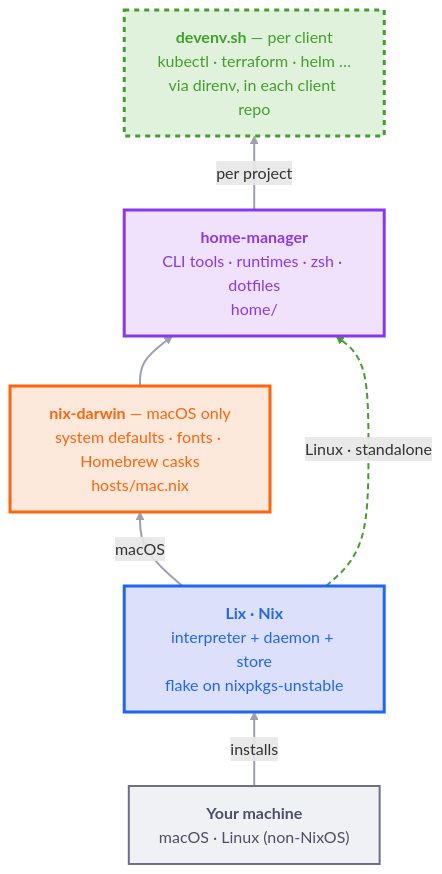
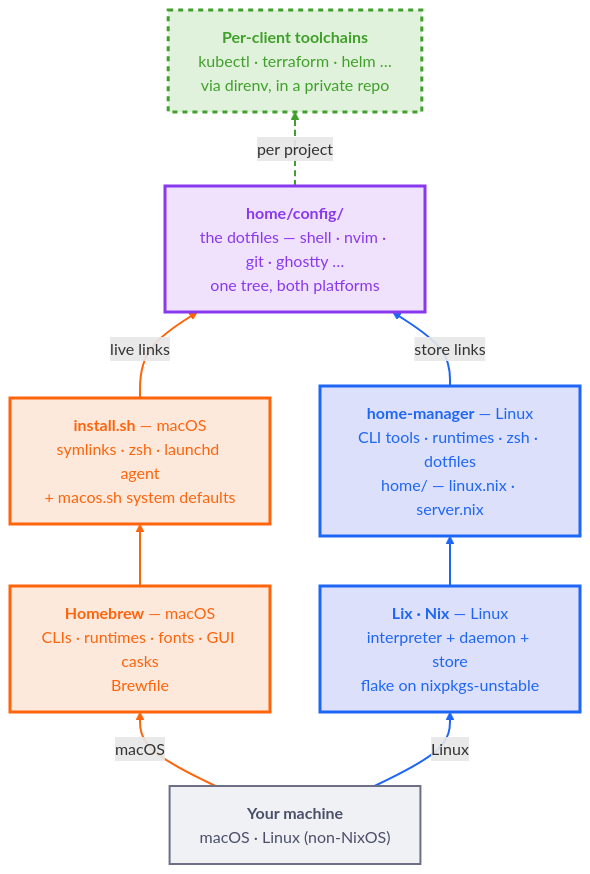
The first of 2 diagrams in README.md (mhmdio/dotfiles), drawn with Mermaid before and after one commit. The commit also changed other lines of this file and 38 other files, not shown here.

````diff
--- a/README.md
+++ b/README.md
@@ -28,38 +32,47 @@
 ```mermaid
 flowchart BT
     HW["`**Your machine**
     macOS · Linux (non-NixOS)`"]
-    NIX["`**Lix · Nix**
+    BREW["`**Homebrew** — macOS
+    CLIs · runtimes · fonts · GUI casks
+    Brewfile`"]
+    INST["`**install.sh** — macOS
+    symlinks · zsh · launchd agent
+    + macos.sh system defaults`"]
+    NIX["`**Lix · Nix** — Linux
     interpreter + daemon + store
     flake on nixpkgs-unstable`"]
-    DAR["`**nix-darwin** — macOS only
-    system defaults · fonts · Homebrew casks
-    hosts/mac.nix`"]
-    HM["`**home-manager**
+    HM["`**home-manager** — Linux
     CLI tools · runtimes · zsh · dotfiles
-    home/`"]
-    DEV["`**devenv.sh** — per client
+    home/ — linux.nix · server.nix`"]
+    CFG["`**home/config/**
+    the dotfiles — shell · nvim · git · ghostty …
+    one tree, both platforms`"]
+    DEV["`**Per-client toolchains**
     kubectl · terraform · helm …
-    via direnv, in each client repo`"]
+    via direnv, in a private repo`"]
 
-    HW  -->|"installs"| NIX
-    NIX -->|"macOS"| DAR
-    DAR --> HM
-    NIX -.->|"Linux · standalone"| HM
-    HM  -->|"per project"| DEV
+    HW   -->|"macOS"| BREW
+    BREW --> INST
+    HW   -->|"Linux"| NIX
+    NIX  --> HM
+    INST -->|"live links"| CFG
+    HM   -->|"store links"| CFG
+    CFG  -->|"per project"| DEV
 
     classDef base   fill:#eff1f5,stroke:#6c6f85,stroke-width:2px,color:#4c4f69;
+    classDef brew   fill:#fde9dc,stroke:#fe640b,stroke-width:3px,color:#fe640b;
     classDef nix    fill:#dce0fb,stroke:#1e66f5,stroke-width:3px,color:#1e66f5;
-    classDef darwin fill:#fde9dc,stroke:#fe640b,stroke-width:3px,color:#fe640b;
     classDef home   fill:#f0e2fd,stroke:#8839ef,stroke-width:3px,color:#8839ef;
-    classDef devenv fill:#e0f2db,stroke:#40a02b,stroke-width:3px,color:#40a02b,stroke-dasharray:5 5;
+    classDef client fill:#e0f2db,stroke:#40a02b,stroke-width:3px,color:#40a02b,stroke-dasharray:5 5;
 
     class HW base;
-    class NIX nix;
-    class DAR darwin;
-    class HM home;
-    class DEV devenv;
+    class BREW,INST brew;
+    class NIX,HM nix;
+    class CFG home;
+    class DEV client;
 
-    linkStyle 0,1,2,4 stroke:#9ca0b0,stroke-width:2px;
-    linkStyle 3 stroke:#40a02b,stroke-width:2px,stroke-dasharray:6 4;
+    linkStyle 0,1,4 stroke:#fe640b,stroke-width:2px;
+    linkStyle 2,3,5 stroke:#1e66f5,stroke-width:2px;
+    linkStyle 6 stroke:#40a02b,stroke-width:2px,stroke-dasharray:6 4;
 ```
````
